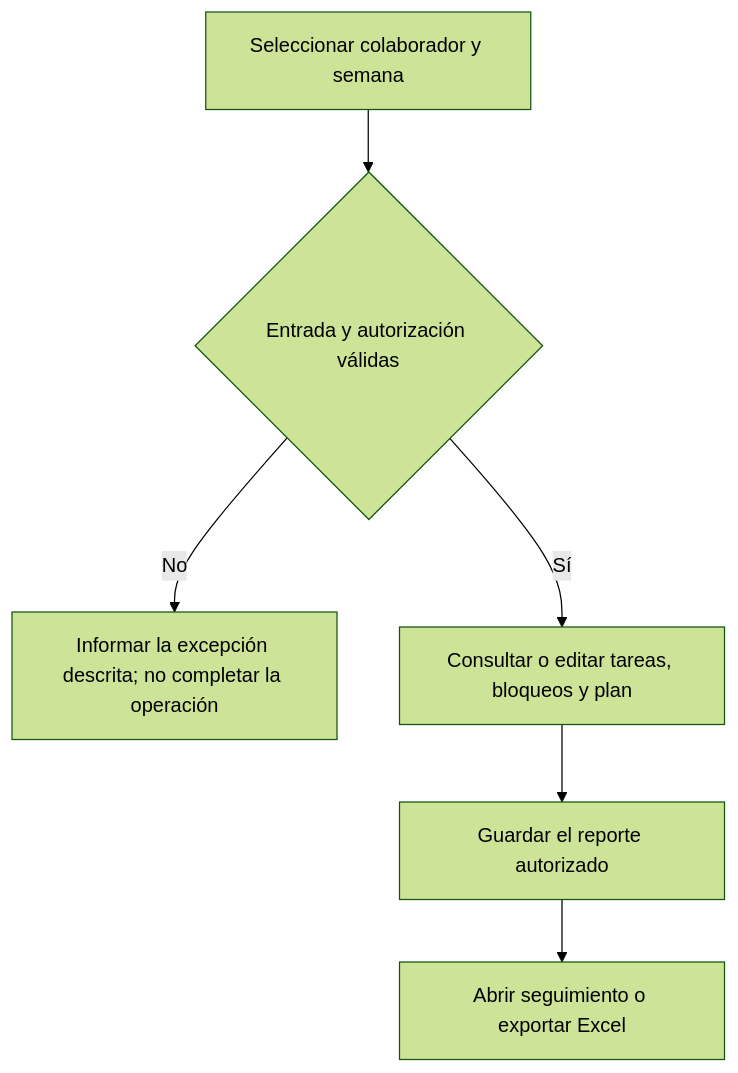
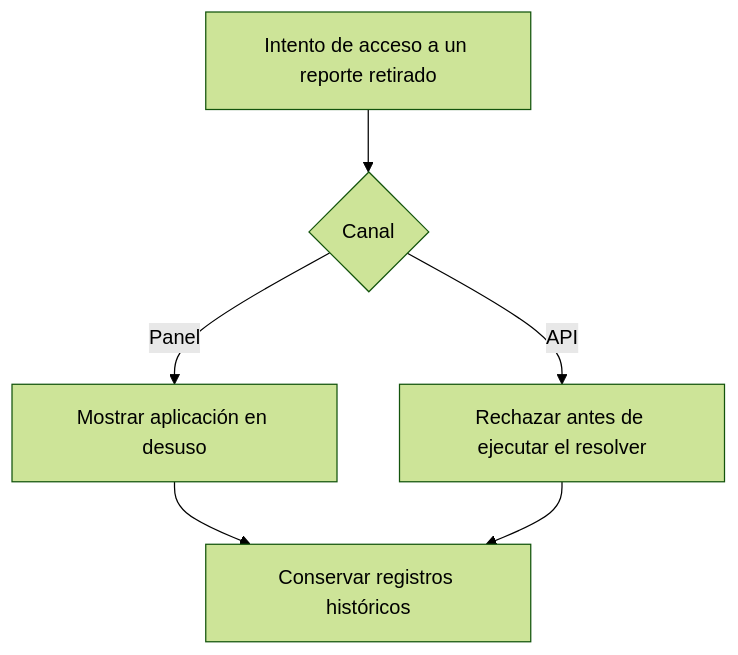
Diagram 19 of 22 in casos-de uso.md (EMETRA/Sistema-tickets), drawn with Mermaid (forest theme) before and after one commit. The commit also changed other lines of this file and 1 other file, not shown here.

Commit message:
Documentar navegación de Juzgado y acceso único a métricas

````diff
--- a/casos-de uso.md
+++ b/casos-de uso.md
@@ -1047,13 +1048,8 @@
 ```mermaid
 flowchart TD
-  inicio["Seleccionar colaborador y semana"]
-  control{"Entrada y autorización válidas"}
-  inicio --> control
-  control -->|No| rechazo["Informar la excepción descrita; no completar la operación"]
-  paso1["Consultar o editar tareas, bloqueos y plan"]
-  control -->|Sí| paso1
-  paso2["Guardar el reporte autorizado"]
-  paso1 --> paso2
-  paso3["Abrir seguimiento o exportar Excel"]
-  paso2 --> paso3
+  entrada["Intento de acceso a un reporte retirado"] --> canal{"Canal"}
+  canal -->|Panel| desuso["Mostrar aplicación en desuso"]
+  canal -->|API| bloqueo["Rechazar antes de ejecutar el resolver"]
+  desuso --> historico["Conservar registros históricos"]
+  bloqueo --> historico
 ```
````
